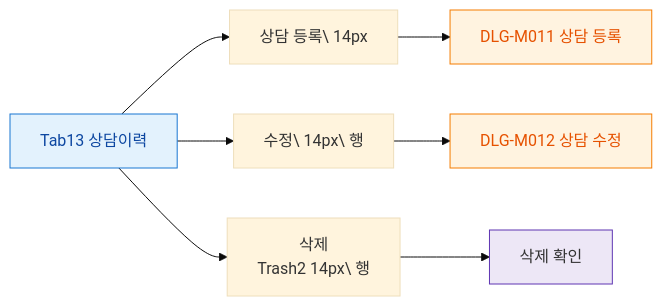
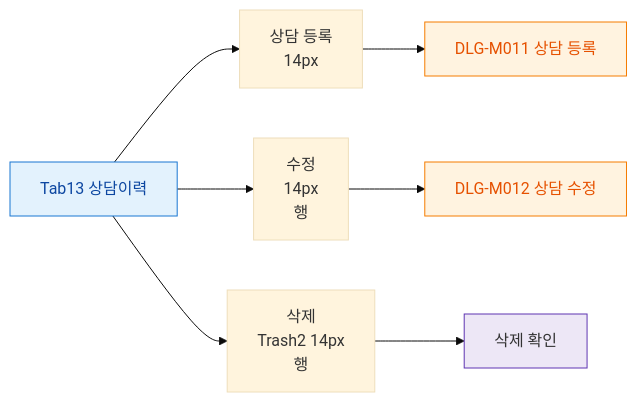
Before and after one commit to dev-spogym/admin-pando: the diagram in docs/admin/다이어그램/D02_회원관리/SCR-M004_회원상세/Tab13_상담이력/F3_버튼액션.md, drawn with Mermaid (base theme). The commit also changed 369 other files, not shown here.

````diff
--- a/docs/admin/다이어그램/D02_회원관리/SCR-M004_회원상세/Tab13_상담이력/F3_버튼액션.md
+++ b/docs/admin/다이어그램/D02_회원관리/SCR-M004_회원상세/Tab13_상담이력/F3_버튼액션.md
@@ -20,17 +20,17 @@
 ```mermaid
 flowchart LR
-  TAB[Tab13 상담이력] --> B1[상담 등록\ 14px]
-  TAB --> B2[수정\ 14px\ 행]
-  TAB --> B3[삭제\nTrash2 14px\ 행]
+  TAB[Tab13 상담이력] --> B1[상담 등록<br/> 14px]
+  TAB --> B2[수정<br/> 14px<br/> 행]
+  TAB --> B3[삭제\nTrash2 14px<br/> 행]
 
   B1 --> DLG_M011[DLG-M011 상담 등록]
   B2 --> DLG_M012[DLG-M012 상담 수정]
   B3 --> DEL_CONFIRM[삭제 확인]
 
   classDef screen fill:#E3F2FD,stroke:#1976D2,color:#0D47A1
   classDef modal fill:#FFF3E0,stroke:#F57C00,color:#E65100
   classDef system fill:#EDE7F6,stroke:#5E35B2
   class TAB screen
   class DLG_M011,DLG_M012 modal
   class DEL_CONFIRM system
 ```
````
